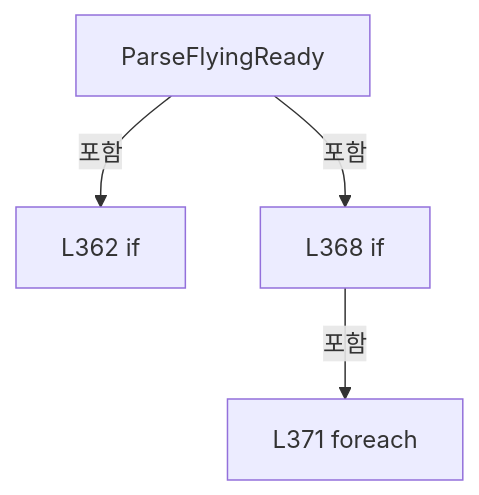
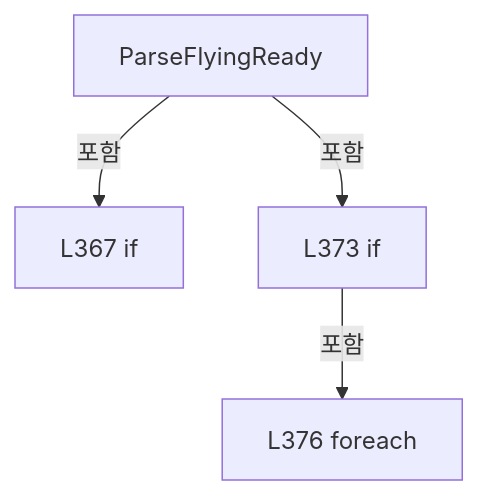
Before and after one commit to kjuws10-rgb/Shared: diagram 12 of 40 in A3 LD Code Ref/files/Drilling.Common/Interface/Vision/CVisionComm.cs.md, drawn with Mermaid. The commit also changed other lines of this file and 2071 other files, not shown here.

Commit message:
docs(a3): update 11.19.0 architecture and code reference

````diff
--- a/A3 LD Code Ref/files/Drilling.Common/Interface/Vision/CVisionComm.cs.md
+++ b/A3 LD Code Ref/files/Drilling.Common/Interface/Vision/CVisionComm.cs.md
@@ -1572,10 +1572,10 @@
 ```mermaid
 flowchart TD
  M["ParseFlyingReady"]
- N0["L362 if"]
+ N0["L367 if"]
  M -->|포함| N0
- N1["L368 if"]
+ N1["L373 if"]
  M -->|포함| N1
- N2["L371 foreach"]
+ N2["L376 foreach"]
  N1 -->|포함| N2
 ```
````
